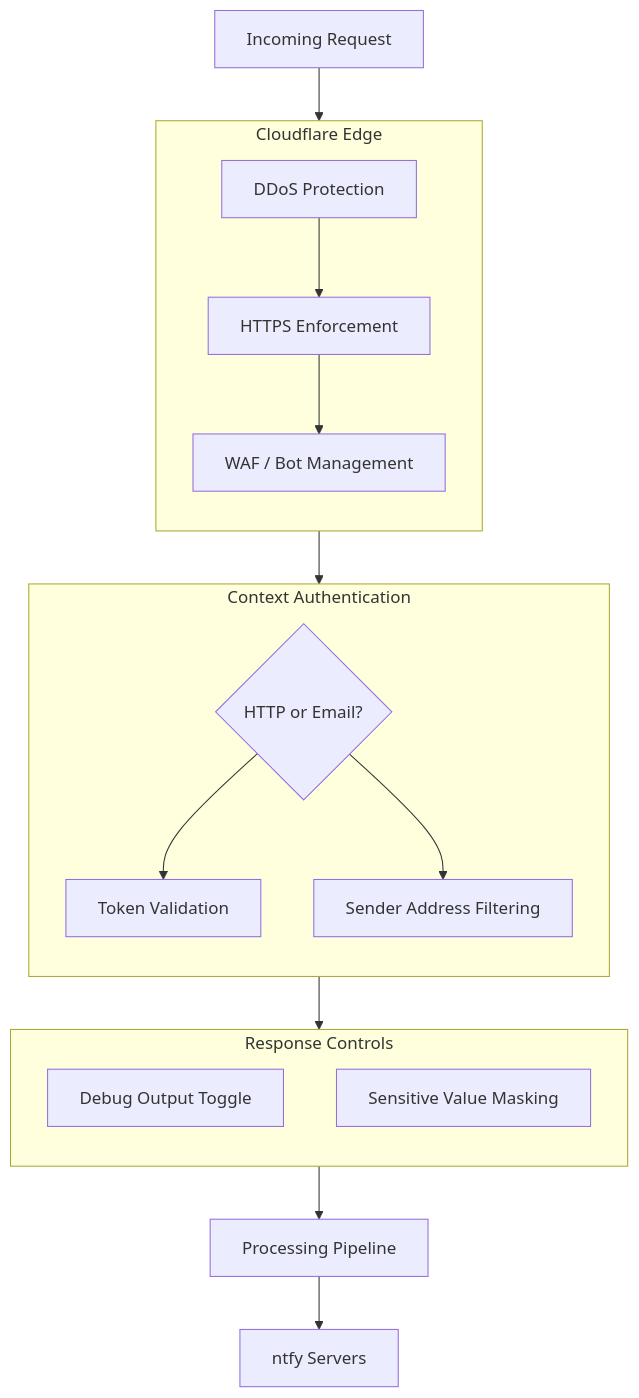
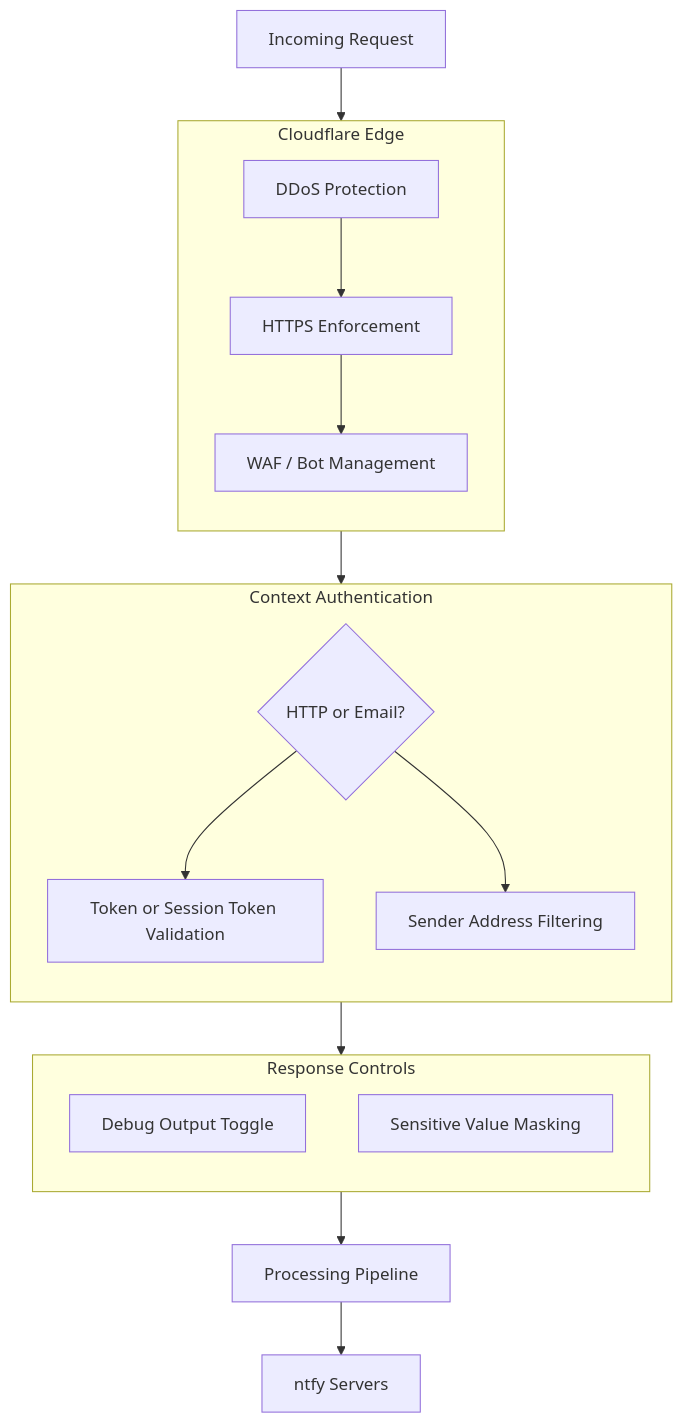
The diagram in apps/docs/docs/features/security.mdx (cbnventures/ntfy-reverse-proxy), drawn with Mermaid before and after one commit. The commit also changed other lines of this file and 89 other files, not shown here.

````diff
--- a/apps/docs/docs/features/security.mdx
+++ b/apps/docs/docs/features/security.mdx
@@ -22,30 +22,30 @@
 ```mermaid
 flowchart TD
     Request[Incoming Request] --> Edge
 
     subgraph Edge [Cloudflare Edge]
         direction TB
         DDoS[DDoS Protection] --> HTTPS[HTTPS Enforcement]
         HTTPS --> WAF[WAF / Bot Management]
     end
 
     Edge --> AuthLayer
 
     subgraph AuthLayer [Context Authentication]
         direction TB
         Type{HTTP or Email?}
-        Type --> Token[Token Validation]
+        Type --> Token[Token or Session Token Validation]
         Type --> Sender[Sender Address Filtering]
     end
 
     AuthLayer --> Mask
 
     subgraph Mask [Response Controls]
         direction TB
         DebugToggle[Debug Output Toggle]
         SensitiveMask[Sensitive Value Masking]
     end
 
     Mask --> Pipeline[Processing Pipeline]
     Pipeline --> ntfy[ntfy Servers]
 ```
````
